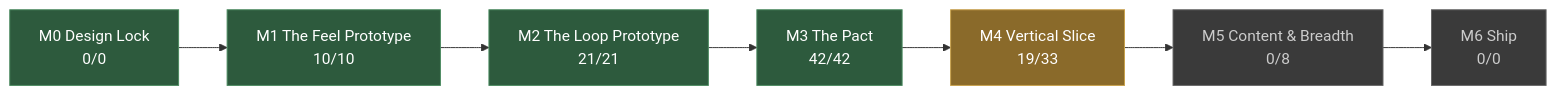
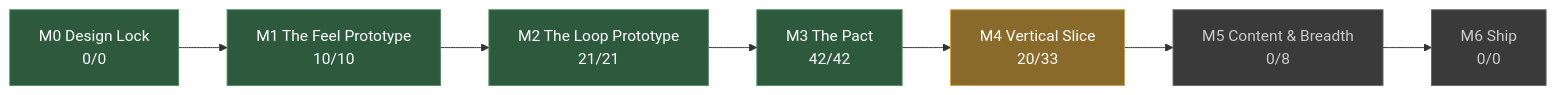
One commit to JoshuaGessner/she changed the diagram in docs/STATUS.md. Above: the diagram before and after it, drawn with Mermaid. The commit also changed other lines of this file and 23 other files, not shown here.

````diff
--- a/docs/STATUS.md
+++ b/docs/STATUS.md
@@ -13,19 +13,19 @@
 ```mermaid
 flowchart LR
   M0["M0 Design Lock<br/>0/0"]:::passed
   M1["M1 The Feel Prototype<br/>10/10"]:::passed
   M0 --> M1
   M2["M2 The Loop Prototype<br/>21/21"]:::passed
   M1 --> M2
   M3["M3 The Pact<br/>42/42"]:::passed
   M2 --> M3
-  M4["M4 Vertical Slice<br/>19/33"]:::current
+  M4["M4 Vertical Slice<br/>20/33"]:::current
   M3 --> M4
   M5["M5 Content & Breadth<br/>0/8"]:::ahead
   M4 --> M5
   M6["M6 Ship<br/>0/0"]:::ahead
   M5 --> M6
   classDef passed fill:#2d5a3d,stroke:#4a8a5f,color:#fff
   classDef current fill:#8a6a2a,stroke:#c8a04a,color:#fff
   classDef ahead fill:#3a3a3a,stroke:#666,color:#ccc
 ```
````
